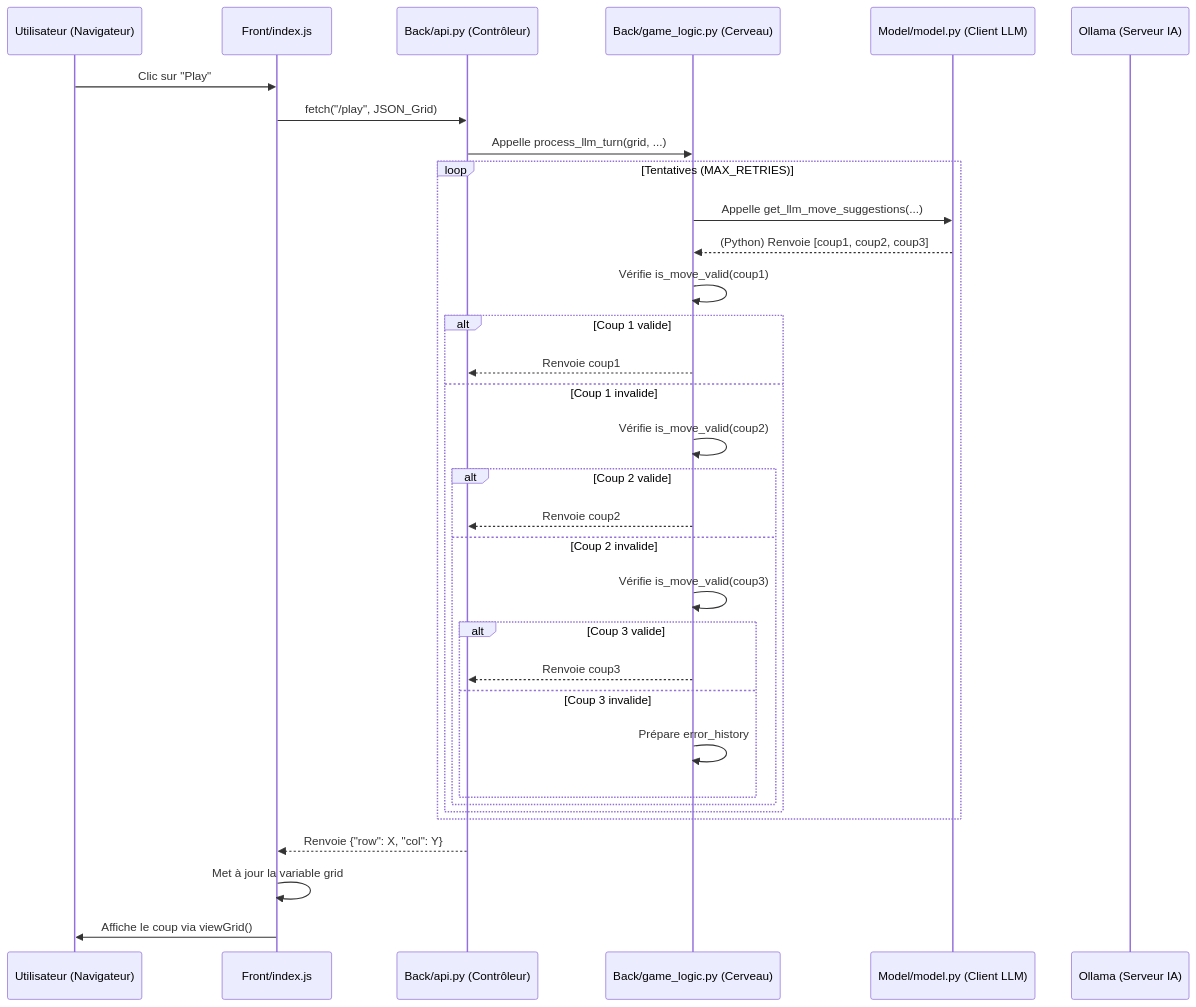
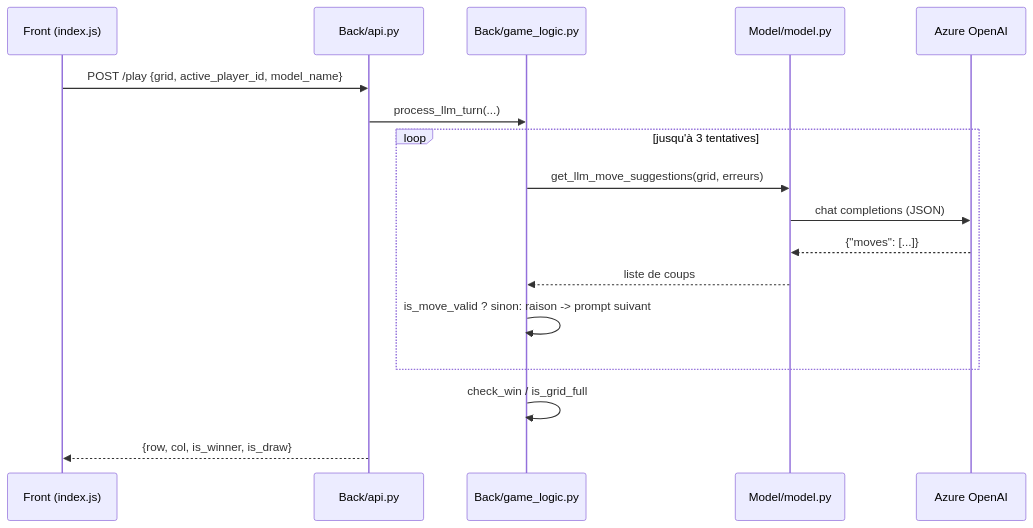
The diagram in README.md (nabil-ghazali/tictactoe), drawn with Mermaid before and after one commit. The commit also changed other lines of this file, not shown here.

````diff
--- a/README.md
+++ b/README.md
@@ -34,41 +54,19 @@
 ```mermaid
 sequenceDiagram
-    participant U as Utilisateur (Navigateur)
-    participant F as Front/index.js
-    participant A as Back/api.py (Contrôleur)
-    participant G as Back/game_logic.py (Cerveau)
-    participant M as Model/model.py (Client LLM)
-    participant O as Ollama (Serveur IA)
-
-    U->>F: Clic sur "Play"
-    F->>A: fetch("/play", JSON_Grid)
-    A->>G: Appelle process_llm_turn(grid, ...)
-
-    loop Tentatives (MAX_RETRIES)
-        G->>M: Appelle get_llm_move_suggestions(...)
-        M-->>G: (Python) Renvoie [coup1, coup2, coup3]
-        
-        G->>G: Vérifie is_move_valid(coup1)
-        alt Coup 1 valide
-            G-->>A: Renvoie coup1
-        else Coup 1 invalide
-            G->>G: Vérifie is_move_valid(coup2)
-            alt Coup 2 valide
-                G-->>A: Renvoie coup2
-            else Coup 2 invalide
-                G->>G: Vérifie is_move_valid(coup3)
-                alt Coup 3 valide
-                    G-->>A: Renvoie coup3
-                else Coup 3 invalide
-                    G->>G: Prépare error_history
-                end
-            end
-        end
+    participant F as Front (index.js)
+    participant A as Back/api.py
+    participant G as Back/game_logic.py
+    participant M as Model/model.py
+    participant O as Azure OpenAI
+    F->>A: POST /play {grid, active_player_id, model_name}
+    A->>G: process_llm_turn(...)
+    loop jusqu'à 3 tentatives
+        G->>M: get_llm_move_suggestions(grid, erreurs)
+        M->>O: chat completions (JSON)
+        O-->>M: {"moves": [...]}
+        M-->>G: liste de coups
+        G->>G: is_move_valid ? sinon: raison -> prompt suivant
     end
-    
-    A-->>F: Renvoie {"row": X, "col": Y}
-    
-    F->>F: Met à jour la variable grid
-    F->>U: Affiche le coup via viewGrid()
-
+    G->>G: check_win / is_grid_full
+    A-->>F: {row, col, is_winner, is_draw}
 ```
````
